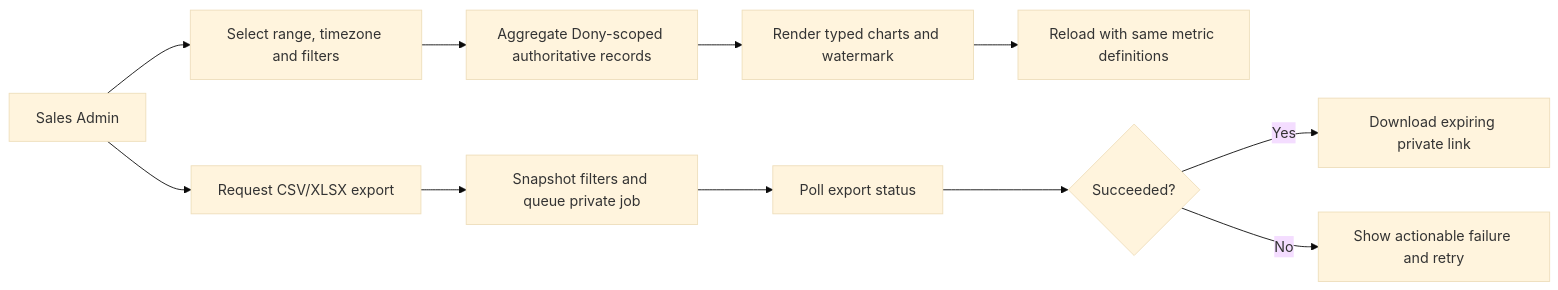
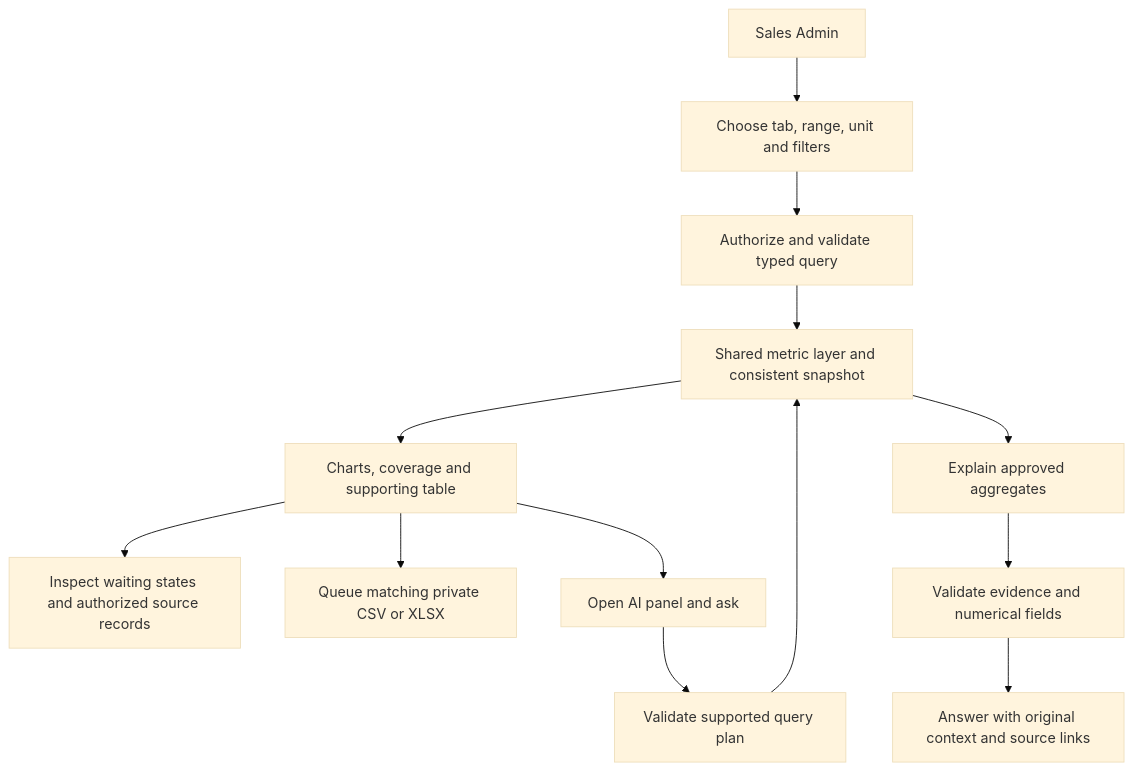
Before and after one commit to ankhanhwork/weavelink-project: the first of 2 diagrams in docs/spec/specs/spec-MFG-11.md, drawn with Mermaid (base theme). The commit also changed other lines of this file and 23 other files, not shown here.

````diff
--- a/docs/spec/specs/spec-MFG-11.md
+++ b/docs/spec/specs/spec-MFG-11.md
@@ -66,13 +73,15 @@
 ```mermaid
-flowchart LR
-  Admin[Sales Admin] --> Filters[Select range, timezone and filters]
-  Filters --> Aggregate[Aggregate Dony-scoped authoritative records]
-  Aggregate --> Charts[Render typed charts and watermark]
-  Charts --> Refresh[Reload with same metric definitions]
-  Admin --> Export[Request CSV/XLSX export]
-  Export --> Queue[Snapshot filters and queue private job]
-  Queue --> Poll[Poll export status]
-  Poll --> Result{Succeeded?}
-  Result -->|Yes| Download[Download expiring private link]
-  Result -->|No| Retry[Show actionable failure and retry]
+flowchart TD
+  Admin[Sales Admin] --> Context[Choose tab, range, unit and filters]
+  Context --> Validate[Authorize and validate typed query]
+  Validate --> Metrics[Shared metric layer and consistent snapshot]
+  Metrics --> View[Charts, coverage and supporting table]
+  View --> Detail[Inspect waiting states and authorized source records]
+  View --> Export[Queue matching private CSV or XLSX]
+  View --> Prompt[Open AI panel and ask]
+  Prompt --> Plan[Validate supported query plan]
+  Plan --> Metrics
+  Metrics --> Explain[Explain approved aggregates]
+  Explain --> Check[Validate evidence and numerical fields]
+  Check --> Answer[Answer with original context and source links]
 ```
````
